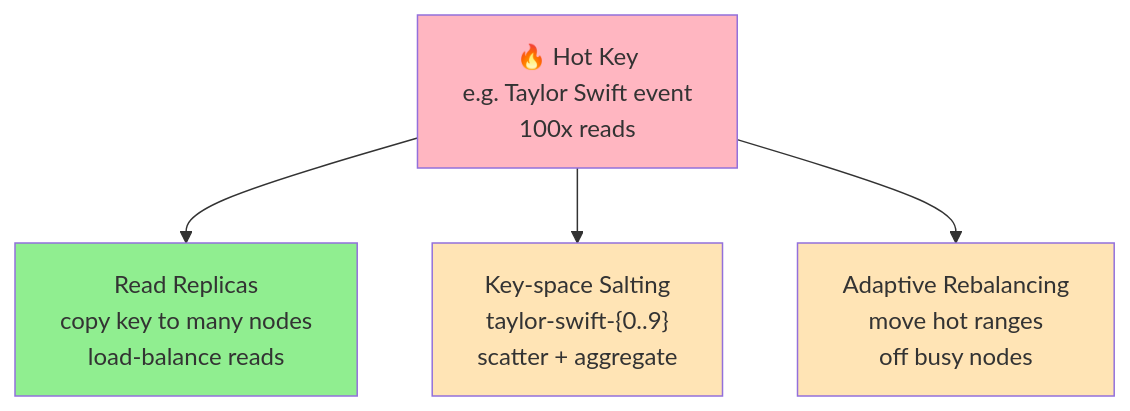
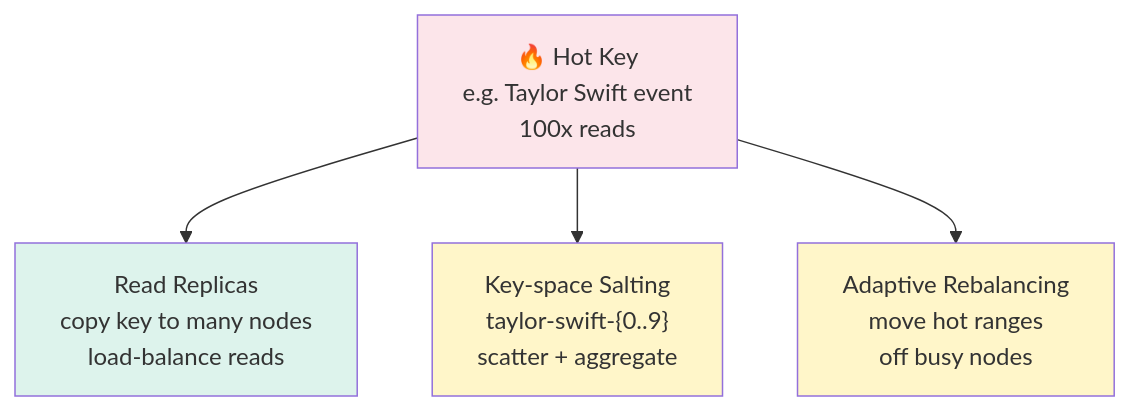
One commit to cartmancodes/InterviewVault changed the second of 2 diagrams in LLD/SystemDesign/CoreConcepts/ConsistentHashing.md. Above: the diagram before and after it, drawn with Mermaid. The commit also changed other lines of this file and 679 other files, not shown here.

Commit message:
Unify content diagrams and add accessible visual walkthroughs

````diff
--- a/LLD/SystemDesign/CoreConcepts/ConsistentHashing.md
+++ b/LLD/SystemDesign/CoreConcepts/ConsistentHashing.md
@@ -187,11 +187,11 @@
 ```mermaid
 graph TB
     HK["🔥 Hot Key<br/>e.g. Taylor Swift event<br/>100x reads"] --> S1["Read Replicas<br/>copy key to many nodes<br/>load-balance reads"]
     HK --> S2["Key-space Salting<br/>taylor-swift-{0..9}<br/>scatter + aggregate"]
     HK --> S3["Adaptive Rebalancing<br/>move hot ranges<br/>off busy nodes"]
 
-    style HK fill:#FFB6C1
-    style S1 fill:#90EE90
-    style S2 fill:#FFE4B5
-    style S3 fill:#FFE4B5
+    style HK fill:#FCE5EA
+    style S1 fill:#DDF3EC
+    style S2 fill:#FFF6C9
+    style S3 fill:#FFF6C9
 ```
````
